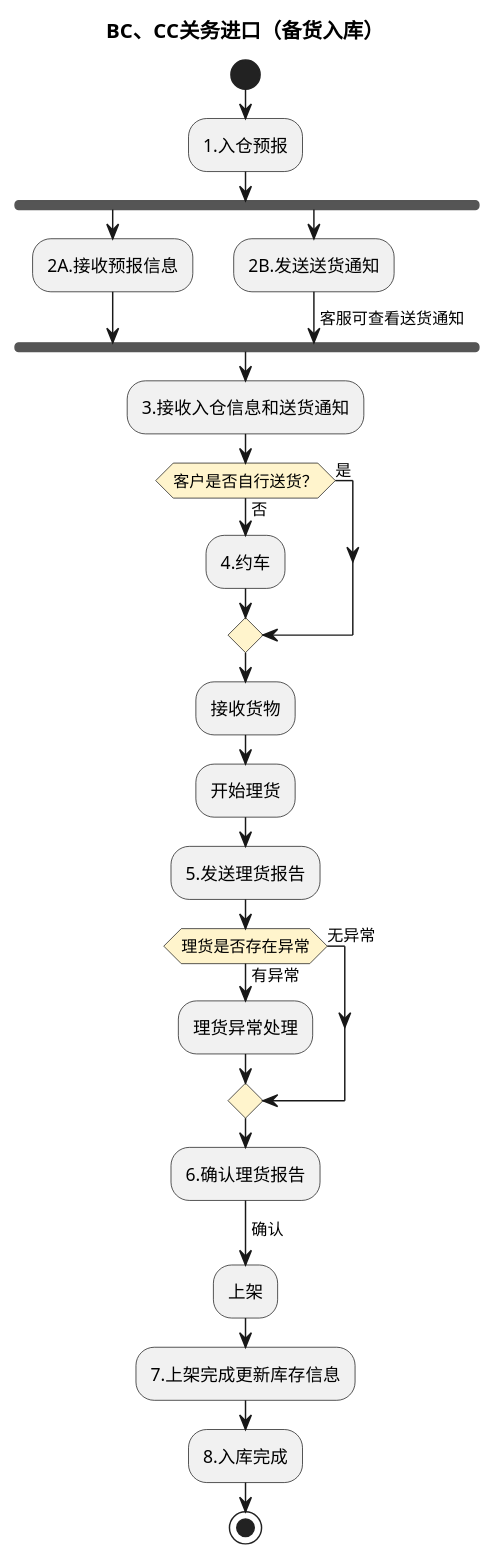
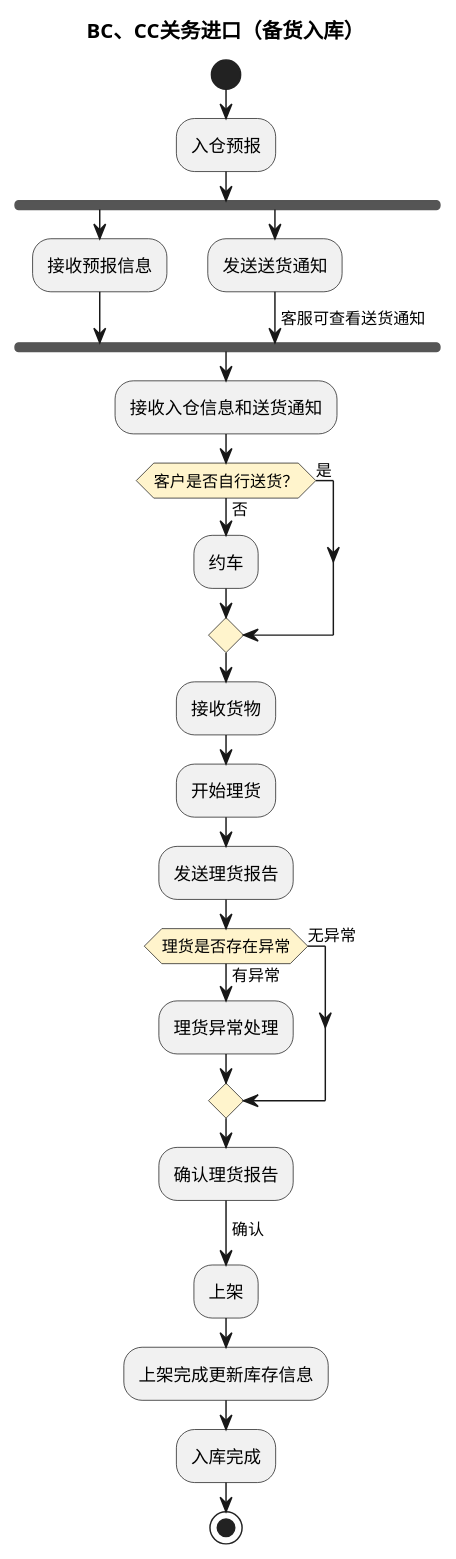
Before and after one commit to jack888332/projects-doc: the first of 6 diagrams in product-caliber/goldjet/segmented-prd/mainflow/PRD.高捷物流系统一期.主流程.05.跨境电商BC、个人物品CC进口详细流程.md, drawn with PlantUML. The commit also changed other lines of this file and 24 other files, not shown here.

````diff
--- a/product-caliber/goldjet/segmented-prd/mainflow/PRD.高捷物流系统一期.主流程.05.跨境电商BC、个人物品CC进口详细流程.md
+++ b/product-caliber/goldjet/segmented-prd/mainflow/PRD.高捷物流系统一期.主流程.05.跨境电商BC、个人物品CC进口详细流程.md
@@ -10,32 +10,32 @@
 ```plantuml
 @startuml
 skinparam activityDiamondBackgroundColor #FFF4CC
 title BC、CC关务进口（备货入库）
 start
-:1.入仓预报;
+:入仓预报;
 fork
-  :2A.接收预报信息;
+  :接收预报信息;
 fork again
-  :2B.发送送货通知;
+  :发送送货通知;
   -> 客服可查看送货通知;
 end fork
-:3.接收入仓信息和送货通知;
+:接收入仓信息和送货通知;
 if (客户是否自行送货？) then (是)
 else (否)
-  :4.约车;
+  :约车;
 endif
 :接收货物;
 :开始理货;
-:5.发送理货报告;
+:发送理货报告;
 if (理货是否存在异常) then (有异常)
   :理货异常处理;
 else (无异常)
 endif
-:6.确认理货报告;
+:确认理货报告;
 -> 确认;
 :上架;
-:7.上架完成更新库存信息;
-:8.入库完成;
+:上架完成更新库存信息;
+:入库完成;
 stop
 @enduml
 ```
````
